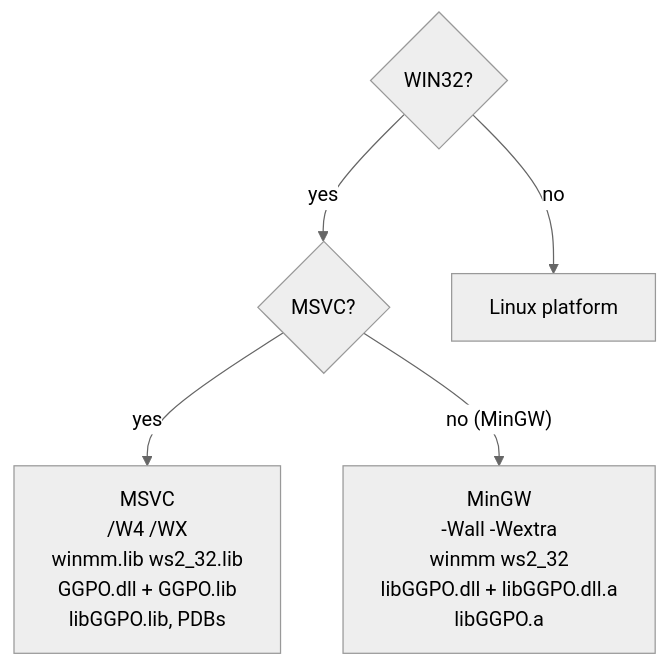
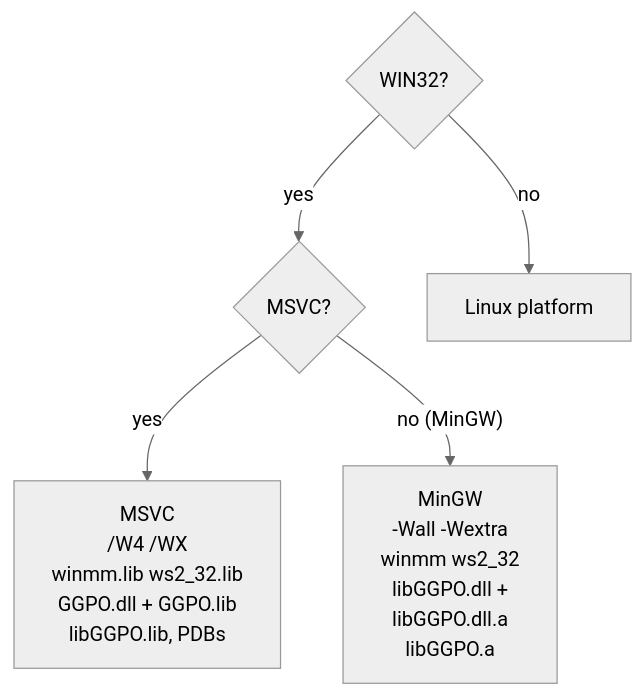
One commit to irregularthanis/ggpo-next changed the diagram in doc/planning/2026-11-11-mingw_support/TECH_PLAN.md. Above: the diagram before and after it, drawn with Mermaid (neutral theme). The commit also changed 6 other files, not shown here.

Commit message:
docs: wrap long Mermaid labels

````diff
--- a/doc/planning/2026-11-11-mingw_support/TECH_PLAN.md
+++ b/doc/planning/2026-11-11-mingw_support/TECH_PLAN.md
@@ -42,13 +42,13 @@
 ```mermaid
 flowchart TD
     Win{"WIN32?"}
     Msvc{"MSVC?"}
     MsvcCfg["MSVC<br/>/W4 /WX<br/>winmm.lib ws2_32.lib<br/>GGPO.dll + GGPO.lib<br/>libGGPO.lib, PDBs"]
-    MingwCfg["MinGW<br/>-Wall -Wextra<br/>winmm ws2_32<br/>libGGPO.dll + libGGPO.dll.a<br/>libGGPO.a"]
+    MingwCfg["MinGW<br/>-Wall -Wextra<br/>winmm ws2_32<br/>libGGPO.dll +<br/>libGGPO.dll.a<br/>libGGPO.a"]
     Linux["Linux platform"]
 
     Win -->|"yes"| Msvc
     Win -->|"no"| Linux
     Msvc -->|"yes"| MsvcCfg
     Msvc -->|"no (MinGW)"| MingwCfg
 ```
````
